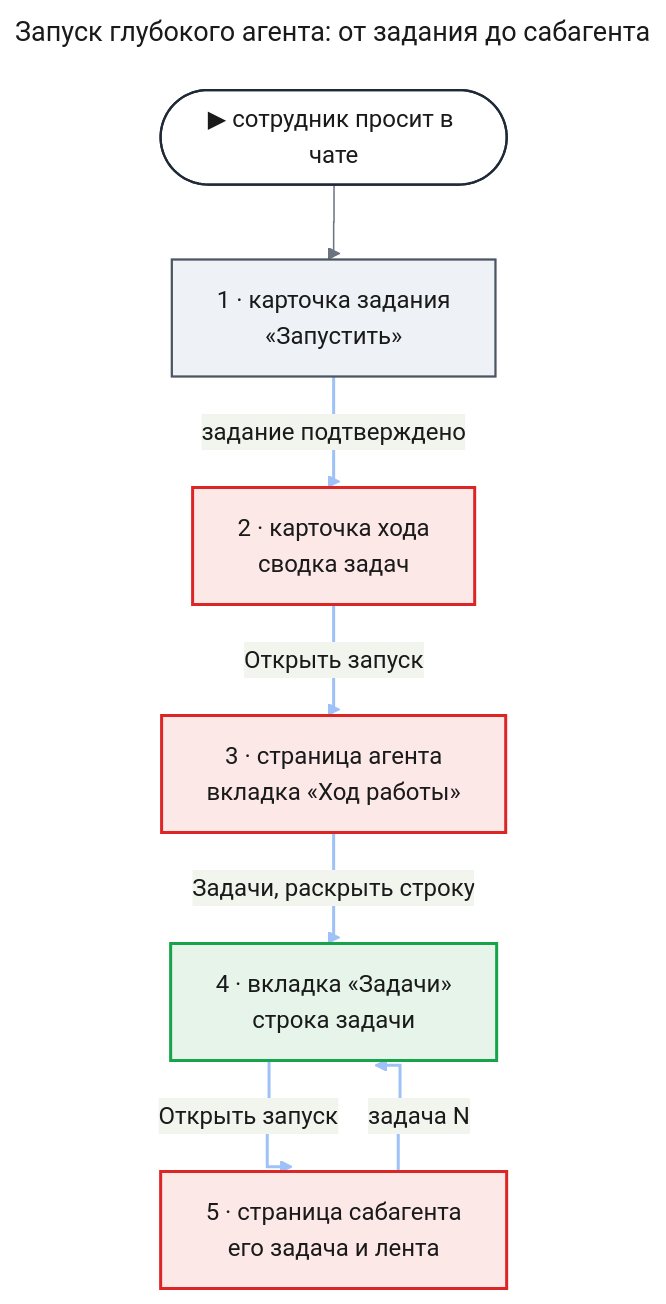
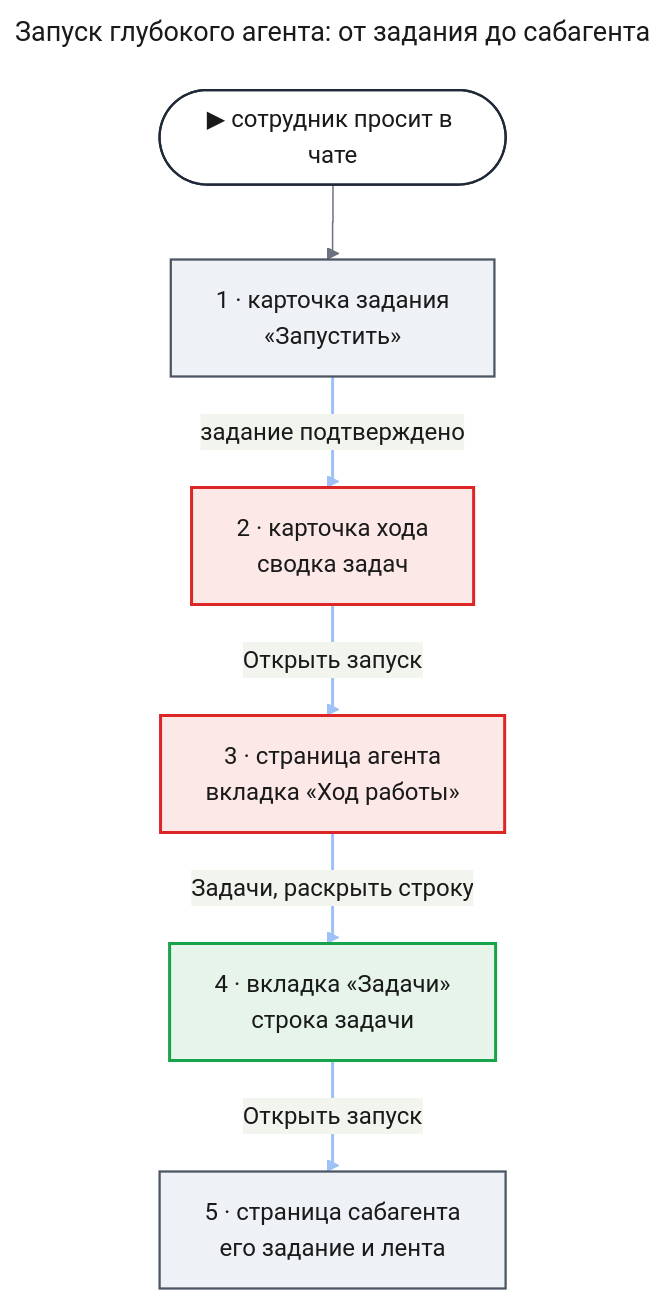
Before and after one commit to tundraray/agent-os: the second of 2 diagrams in docs/features/deep-agents/uxrd.md, drawn with Mermaid. The commit also changed other lines of this file and 4 other files, not shown here.

````diff
--- a/docs/features/deep-agents/uxrd.md
+++ b/docs/features/deep-agents/uxrd.md
@@ -127,48 +132,45 @@
 ```mermaid
 ---
 title: "Запуск глубокого агента: от задания до сабагента"
 config:
   theme: base
   look: classic
   themeVariables:
     primaryColor: "#eef1f5"
     primaryBorderColor: "#4b5563"
     primaryTextColor: "#1a1a1a"
     lineColor: "#6b7280"
   flowchart:
     curve: step
   themeCSS: |
-    @keyframes litr_dax1{0%,18%{stroke:#1d4ed8;stroke-width:6px}20%,100%{stroke:#9ec1f7;stroke-width:2px}}
+    @keyframes litr_dax1{0%,22.5%{stroke:#1d4ed8;stroke-width:6px}25%,100%{stroke:#9ec1f7;stroke-width:2px}}
 ---
 flowchart TB
     entry(["▶ сотрудник просит в чате"])
     brief["1 · карточка задания<br/>«Запустить»"]
     card["2 · карточка хода<br/>сводка задач"]
     page["3 · страница агента<br/>вкладка «Ход работы»"]
     row["4 · вкладка «Задачи»<br/>строка задачи"]
-    sub["5 · страница сабагента<br/>его задача и лента"]
+    sub["5 · страница сабагента<br/>его задание и лента"]
     entry --> brief
     brief e1@-->|"задание подтверждено"| card
     card e2@-->|"Открыть запуск"| page
     page e3@-->|"Задачи, раскрыть строку"| row
     row e4@-->|"Открыть запуск"| sub
-    sub e5@-->|"задача N"| row
     classDef entry fill:#ffffff,stroke:#1f2937,stroke-width:1.5px,color:#1a1a1a
     classDef changed fill:#fde8e8,stroke:#dc2626,stroke-width:2px,color:#1a1a1a
     classDef new fill:#e6f4ea,stroke:#16a34a,stroke-width:2px,color:#1a1a1a
     classDef unchanged fill:#eef1f5,stroke:#4b5563,stroke-width:1.5px,color:#1a1a1a
-    classDef r1 stroke:#9ec1f7,stroke-width:2px,animation:litr_dax1 6s linear 0s infinite
-    classDef r2 stroke:#9ec1f7,stroke-width:2px,animation:litr_dax1 6s linear 1.2s infinite
-    classDef r3 stroke:#9ec1f7,stroke-width:2px,animation:litr_dax1 6s linear 2.4s infinite
-    classDef r4 stroke:#9ec1f7,stroke-width:2px,animation:litr_dax1 6s linear 3.6s infinite
-    classDef r5 stroke:#9ec1f7,stroke-width:2px,animation:litr_dax1 6s linear 4.8s infinite
+    classDef r1 stroke:#9ec1f7,stroke-width:2px,animation:litr_dax1 4.8s linear 0s infinite
+    classDef r2 stroke:#9ec1f7,stroke-width:2px,animation:litr_dax1 4.8s linear 1.2s infinite
+    classDef r3 stroke:#9ec1f7,stroke-width:2px,animation:litr_dax1 4.8s linear 2.4s infinite
+    classDef r4 stroke:#9ec1f7,stroke-width:2px,animation:litr_dax1 4.8s linear 3.6s infinite
     class entry entry
-    class brief unchanged
-    class card,page,sub changed
+    class brief,sub unchanged
+    class card,page changed
     class row new
     class e1 r1
     class e2 r2
     class e3 r3
     class e4 r4
-    class e5 r5
 ```
````
